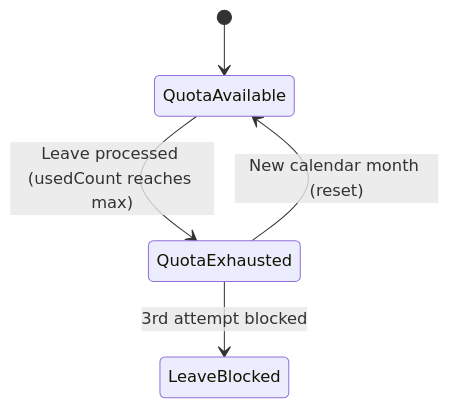
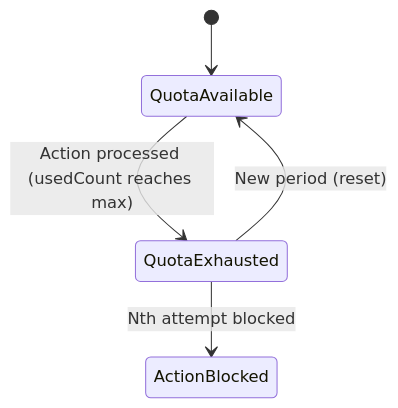
One commit to sirajLMS/siraj changed the diagram in .ai/siraj_stories/AGENTS.md. Above: the diagram before and after it, drawn with Mermaid. The commit also changed other lines of this file and 4 other files, not shown here.

Commit message:
feat: enhance teacher profile management with permission checks and GraphQL integration

````diff
--- a/.ai/siraj_stories/AGENTS.md
+++ b/.ai/siraj_stories/AGENTS.md
@@ -210,7 +207,7 @@
 ```mermaid
 stateDiagram-v2
     [*] --> QuotaAvailable
-    QuotaAvailable --> QuotaExhausted: Leave processed (usedCount reaches max)
-    QuotaExhausted --> LeaveBlocked: 3rd attempt blocked
-    QuotaExhausted --> QuotaAvailable: New calendar month (reset)
+    QuotaAvailable --> QuotaExhausted: Action processed (usedCount reaches max)
+    QuotaExhausted --> ActionBlocked: Nth attempt blocked
+    QuotaExhausted --> QuotaAvailable: New period (reset)
 ```
````
